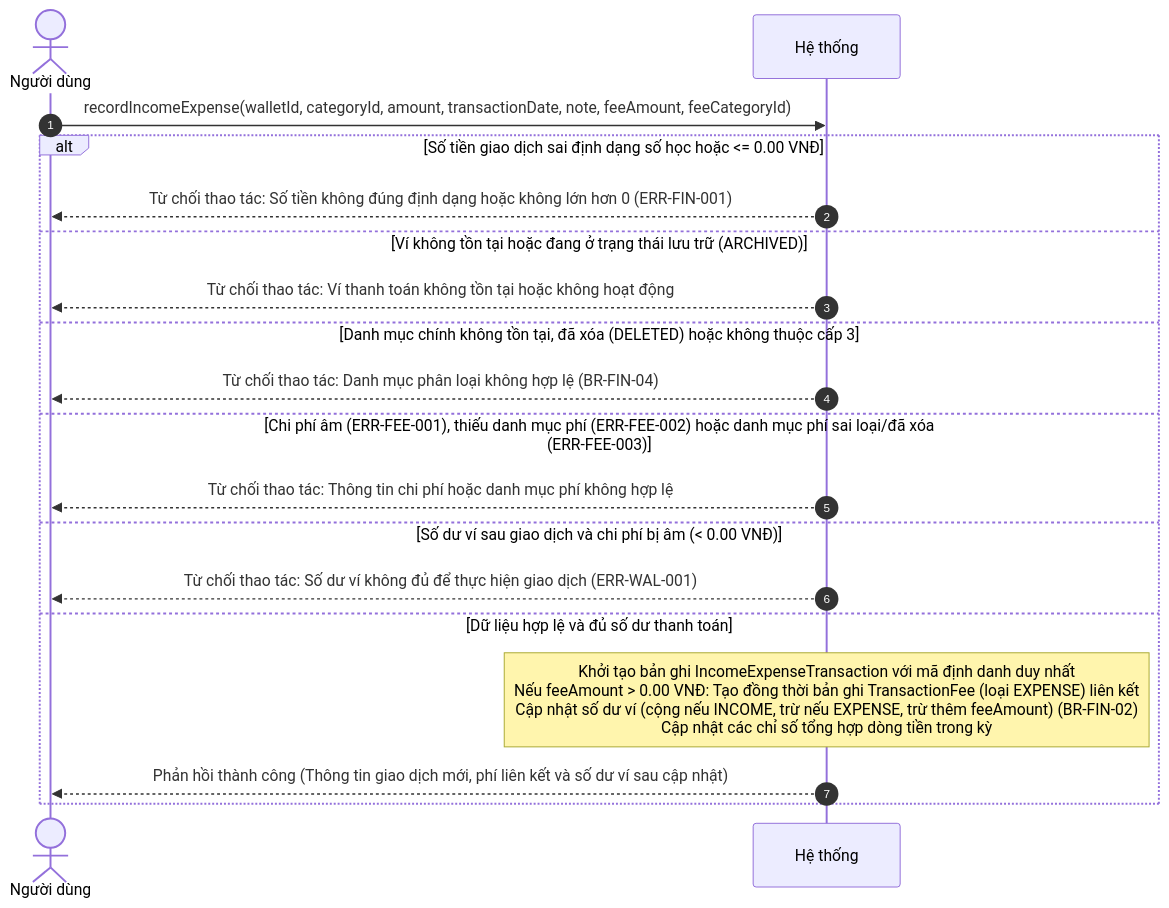
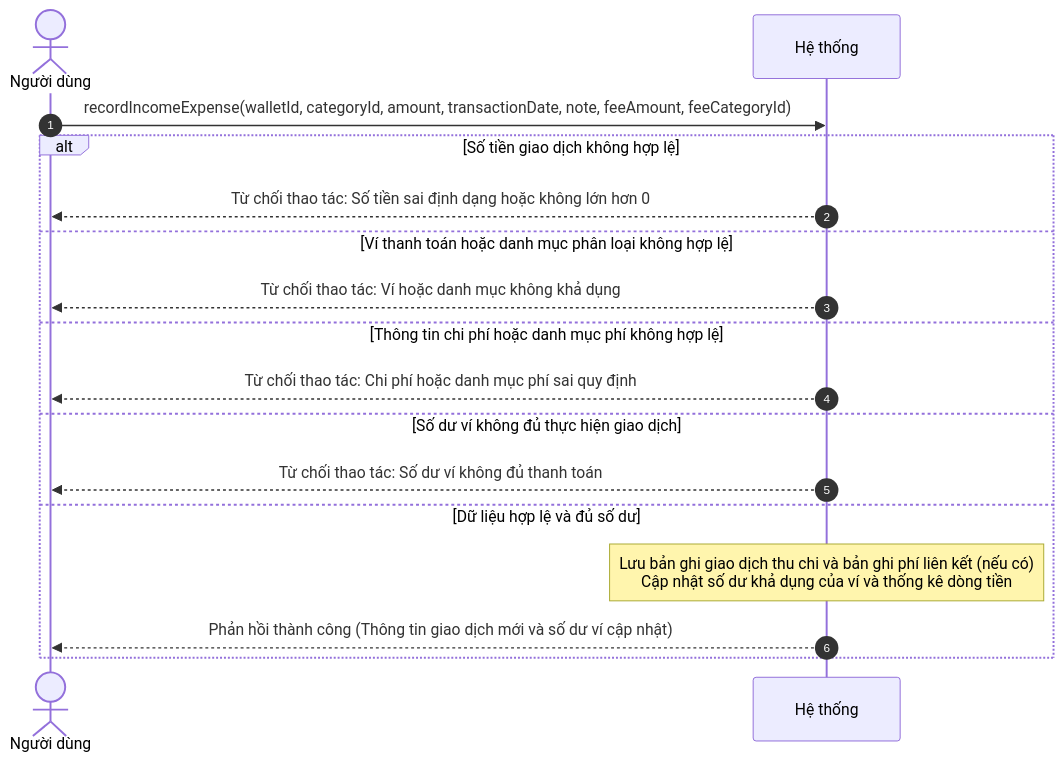
The fifth of 20 diagrams in docs/object-oriented-analysis/03-so-do-tuan-tu-he-thong-ssd.md (mynhleeh/pfms-oop), drawn with Mermaid before and after one commit. The commit also changed other lines of this file and 3 other files, not shown here.

Commit message:
docs(ood): 03 04 05 06 - fix the rule and errror notation - fix the diagrams

````diff
--- a/docs/object-oriented-analysis/03-so-do-tuan-tu-he-thong-ssd.md
+++ b/docs/object-oriented-analysis/03-so-do-tuan-tu-he-thong-ssd.md
@@ -212,22 +210,20 @@
 ```mermaid
 sequenceDiagram
     autonumber
     actor User as Người dùng
     participant System as Hệ thống
 
     User->>System: recordIncomeExpense(walletId, categoryId, amount, transactionDate, note, feeAmount, feeCategoryId)
-    alt Số tiền giao dịch sai định dạng số học hoặc <= 0.00 VNĐ
-        System-->>User: Từ chối thao tác: Số tiền không đúng định dạng hoặc không lớn hơn 0 (ERR-FIN-001)
-    else Ví không tồn tại hoặc đang ở trạng thái lưu trữ (ARCHIVED)
-        System-->>User: Từ chối thao tác: Ví thanh toán không tồn tại hoặc không hoạt động
-    else Danh mục chính không tồn tại, đã xóa (DELETED) hoặc không thuộc cấp 3
-        System-->>User: Từ chối thao tác: Danh mục phân loại không hợp lệ (BR-FIN-04)
-    else Chi phí âm (ERR-FEE-001), thiếu danh mục phí (ERR-FEE-002) hoặc danh mục phí sai loại/đã xóa (ERR-FEE-003)
-        System-->>User: Từ chối thao tác: Thông tin chi phí hoặc danh mục phí không hợp lệ
-    else Số dư ví sau giao dịch và chi phí bị âm (< 0.00 VNĐ)
-        System-->>User: Từ chối thao tác: Số dư ví không đủ để thực hiện giao dịch (ERR-WAL-001)
-    else Dữ liệu hợp lệ và đủ số dư thanh toán
-        Note over System: Khởi tạo bản ghi IncomeExpenseTransaction với mã định danh duy nhất<br/>Nếu feeAmount > 0.00 VNĐ: Tạo đồng thời bản ghi TransactionFee (loại EXPENSE) liên kết<br/>Cập nhật số dư ví (cộng nếu INCOME, trừ nếu EXPENSE, trừ thêm feeAmount) (BR-FIN-02)<br/>Cập nhật các chỉ số tổng hợp dòng tiền trong kỳ
-        System-->>User: Phản hồi thành công (Thông tin giao dịch mới, phí liên kết và số dư ví sau cập nhật)
+    alt Số tiền giao dịch không hợp lệ
+        System-->>User: Từ chối thao tác: Số tiền sai định dạng hoặc không lớn hơn 0
+    else Ví thanh toán hoặc danh mục phân loại không hợp lệ
+        System-->>User: Từ chối thao tác: Ví hoặc danh mục không khả dụng
+    else Thông tin chi phí hoặc danh mục phí không hợp lệ
+        System-->>User: Từ chối thao tác: Chi phí hoặc danh mục phí sai quy định
+    else Số dư ví không đủ thực hiện giao dịch
+        System-->>User: Từ chối thao tác: Số dư ví không đủ thanh toán
+    else Dữ liệu hợp lệ và đủ số dư
+        Note over System: Lưu bản ghi giao dịch thu chi và bản ghi phí liên kết (nếu có)<br/>Cập nhật số dư khả dụng của ví và thống kê dòng tiền
+        System-->>User: Phản hồi thành công (Thông tin giao dịch mới và số dư ví cập nhật)
     end
 ```
````
